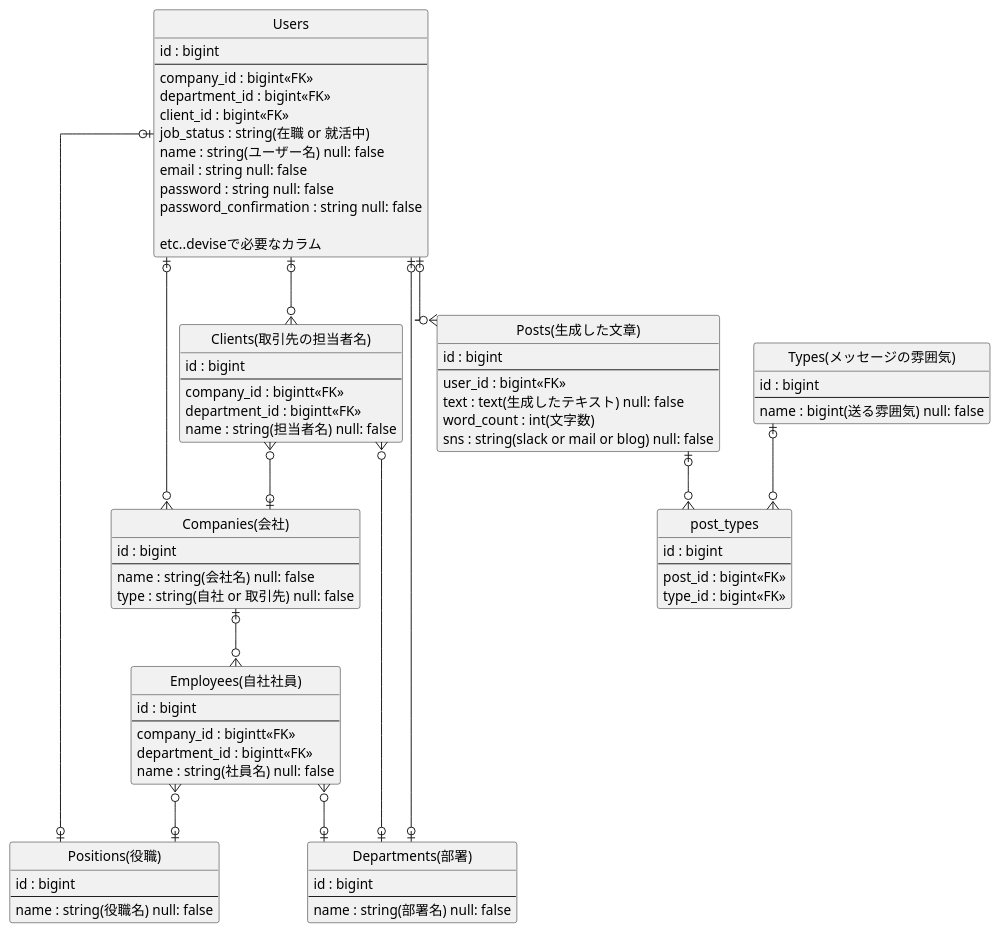
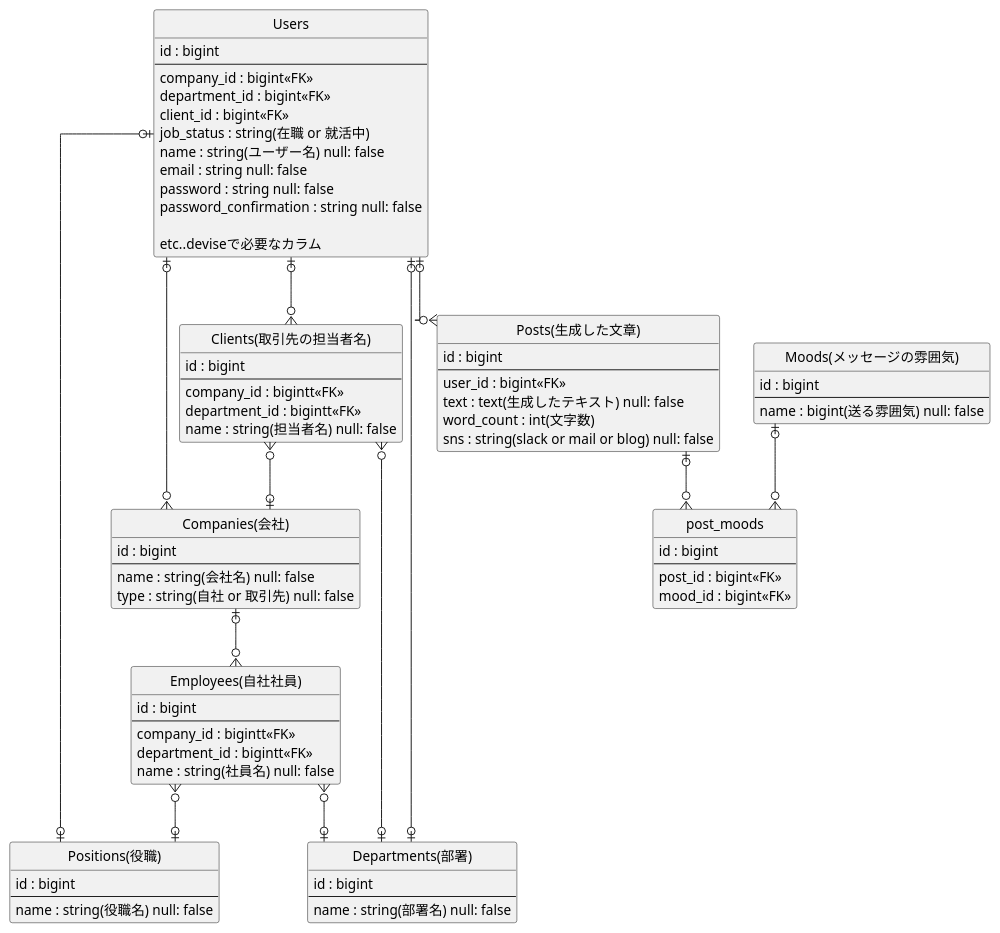
One commit to aya1357/app_ai_back changed the diagram in er.pu. Above: the diagram before and after it, drawn with PlantUML.

Commit message:
READMEの更新

```diff
--- a/er.pu
+++ b/er.pu
@@ -1,96 +1,96 @@
 @startuml app_ai
 ' hide the spot
 hide circle
 
 ' avoid problems with angled crows feet
 skinparam linetype ortho
 
 entity "Users" as USERS {
     id : bigint
     --
     company_id : bigint<<FK>>
     department_id : bigint<<FK>>
     client_id : bigint<<FK>>
     job_status : string(在職 or 就活中)
     name : string(ユーザー名) null: false
     email : string null: false
     password : string null: false
     password_confirmation : string null: false
 
     etc..deviseで必要なカラム
 }
 
 entity "Posts(生成した文章)" as POSTS {
     id : bigint
     --
     user_id : bigint<<FK>>
     text : text(生成したテキスト) null: false
     word_count : int(文字数)
     sns : string(slack or mail or blog) null: false
 }
 
-entity "post_types" as POSTTYPES {
+entity "post_moods" as POSTMOODS {
     id : bigint
     --
     post_id : bigint<<FK>>
-    type_id : bigint<<FK>>
+    mood_id : bigint<<FK>>
 }
 
-entity "Types(メッセージの雰囲気)" as TYPES {
+entity "Moods(メッセージの雰囲気)" as MOODS {
     id : bigint
     --
     name : bigint(送る雰囲気) null: false
 }
 
 entity "Employees(自社社員)" as EMPLOYEES {
     id : bigint
     --
     company_id : bigintt<<FK>>
     department_id : bigintt<<FK>>
     name : string(社員名) null: false
 }
 
 entity "Departments(部署)" as DEPARTMENTS {
     id : bigint
     --
     name : string(部署名) null: false
 }
 
 entity "Companies(会社)" as COMPANIES {
     id : bigint
     --
     name : string(会社名) null: false
     type : string(自社 or 取引先) null: false
 }
 
 entity "Positions(役職)" as POSITIONS {
     id : bigint
     --
     name : string(役職名) null: false
 }
 
 entity "Clients(取引先の担当者名)" as CLIENTS {
     id : bigint
     --
     company_id : bigintt<<FK>>
     department_id : bigintt<<FK>>
     name : string(担当者名) null: false
 }
 
 USERS |o--o{ COMPANIES
 USERS |o--o| DEPARTMENTS
 USERS |o--o| POSITIONS
 USERS |o--o{ POSTS
 USERS |o--o{ CLIENTS
 
 COMPANIES |o--o{ EMPLOYEES
 EMPLOYEES }o--o| DEPARTMENTS
 EMPLOYEES }o--o| POSITIONS
 
 CLIENTS }o--o| COMPANIES
 CLIENTS }o--o| DEPARTMENTS
 
-POSTS |o--o{ POSTTYPES
-TYPES |o--o{ POSTTYPES
+POSTS |o--o{ POSTMOODS
+MOODS |o--o{ POSTMOODS
 
 @enduml
```
